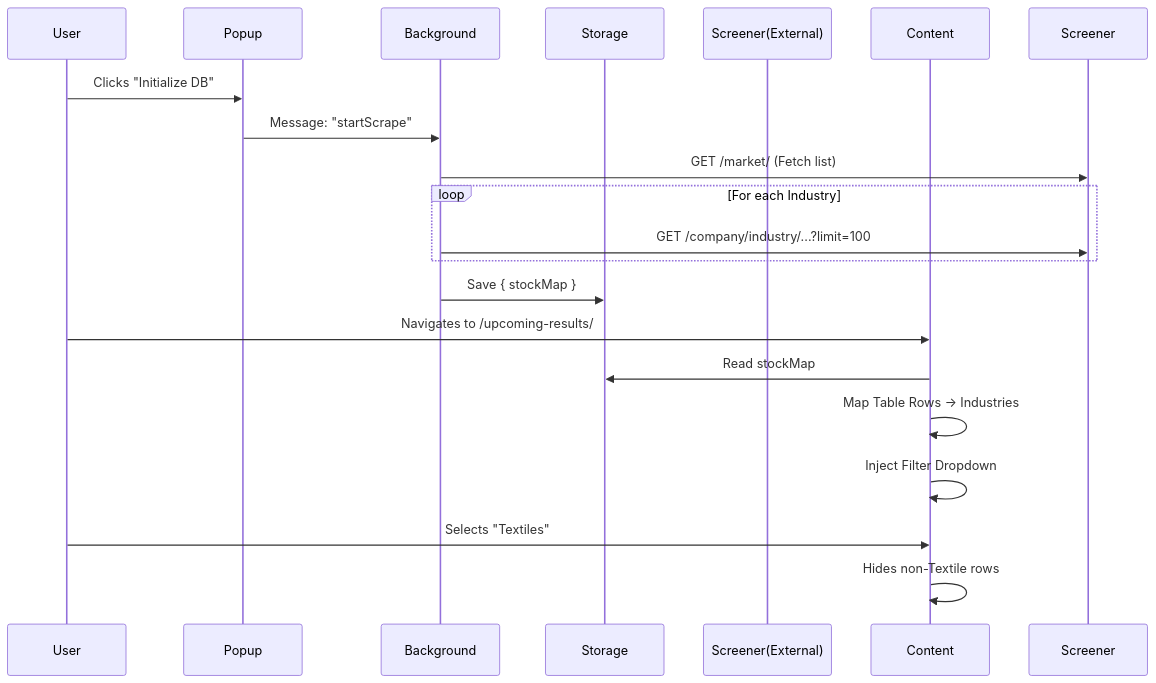
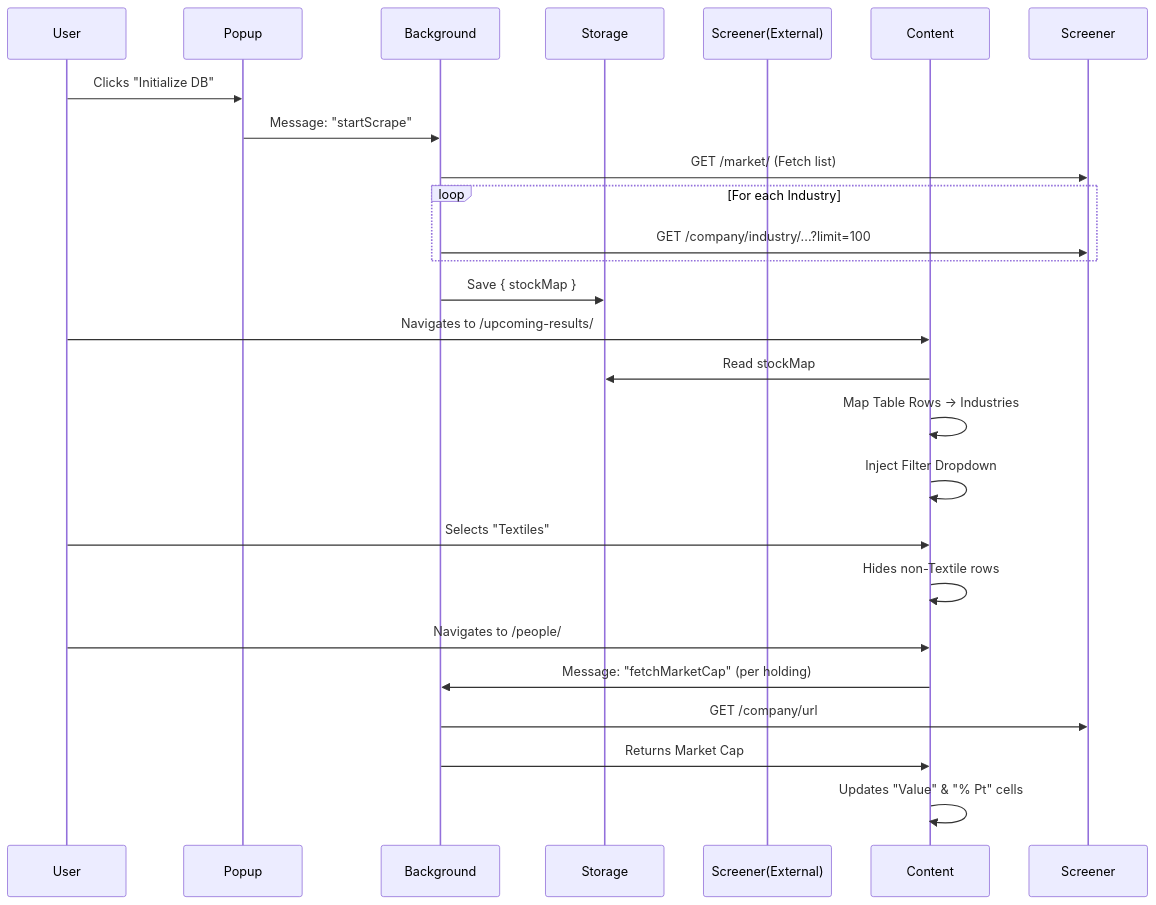
Before and after one commit to eggmasonvalue/screenerin-feat-complete: the diagram in .context/ARCHITECTURE.md, drawn with Mermaid. The commit also changed other lines of this file and 7 other files, not shown here.

````diff
--- a/.context/ARCHITECTURE.md
+++ b/.context/ARCHITECTURE.md
@@ -32,24 +38,30 @@
 ```mermaid
 sequenceDiagram
     participant User
     participant Popup
     participant Background
     participant Storage
     participant Screener(External)
     participant Content
 
     User->>Popup: Clicks "Initialize DB"
     Popup->>Background: Message: "startScrape"
     Background->>Screener: GET /market/ (Fetch list)
     loop For each Industry
         Background->>Screener: GET /company/industry/...?limit=100
     end
     Background->>Storage: Save { stockMap }
     
     User->>Content: Navigates to /upcoming-results/
     Content->>Storage: Read stockMap
     Content->>Content: Map Table Rows -> Industries
     Content->>Content: Inject Filter Dropdown
     User->>Content: Selects "Textiles"
     Content->>Content: Hides non-Textile rows
+
+    User->>Content: Navigates to /people/
+    Content->>Background: Message: "fetchMarketCap" (per holding)
+    Background->>Screener: GET /company/url
+    Background->>Content: Returns Market Cap
+    Content->>Content: Updates "Value" & "% Pt" cells
 ```
````
